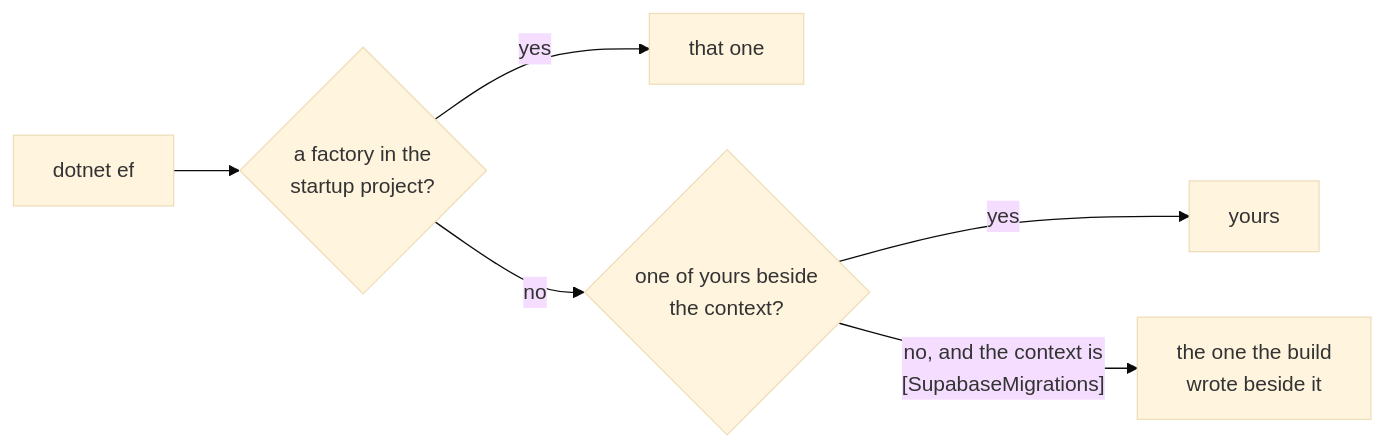
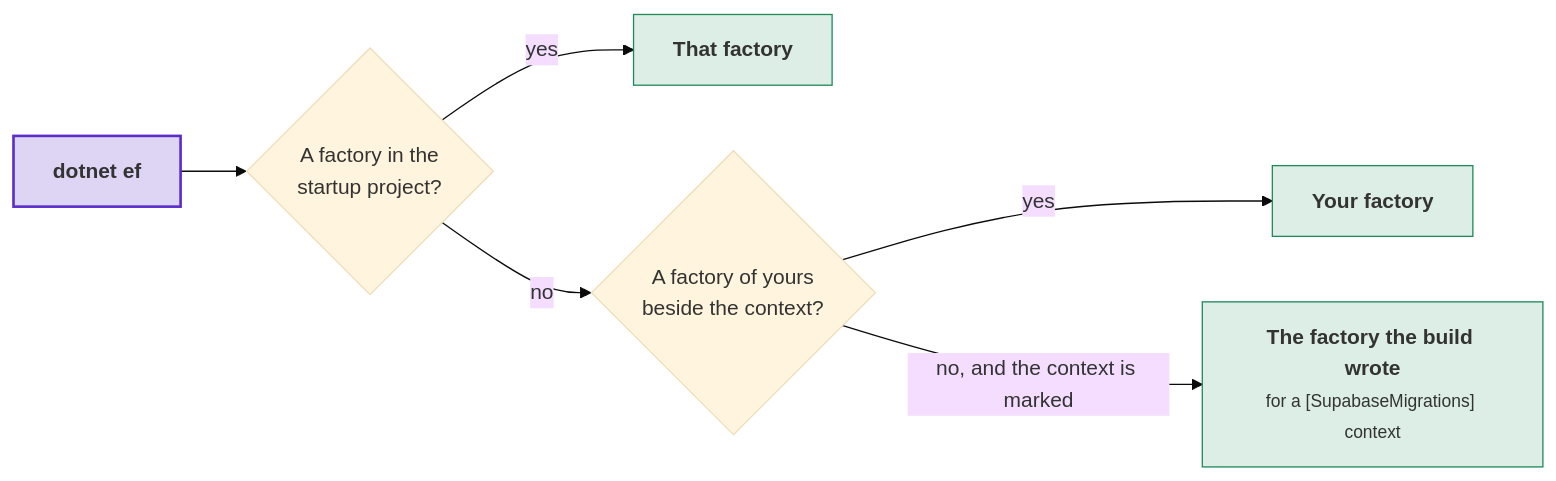
One commit to DylanSnel/DDDToolkit changed the fourth of 6 diagrams in docs/entity-framework.md. Above: the diagram before and after it, drawn with Mermaid (base theme). The commit also changed other lines of this file and 41 other files, not shown here.

First line of the commit message:
Docs: plain prose, one word per concept, and readable diagrams on every page

````diff
--- a/docs/entity-framework.md
+++ b/docs/entity-framework.md
@@ -872,8 +949,18 @@
 ```mermaid
 flowchart LR
-    Ef["dotnet ef"] --> Startup{"a factory in the<br/>startup project?"}
-    Startup -- "yes" --> That["that one"]
-    Startup -- "no" --> Own{"one of yours beside<br/>the context?"}
-    Own -- "yes" --> Yours["yours"]
-    Own -- "no, and the context is<br/>[SupabaseMigrations]" --> Build["the one the build<br/>wrote beside it"]
+    ef["<b>dotnet ef</b>"]
+    startup{"A factory in the<br/>startup project?"}
+    that["<b>That factory</b>"]
+    own{"A factory of yours<br/>beside the context?"}
+    yours["<b>Your factory</b>"]
+    build["<b>The factory the build wrote</b><br/><small>for a [SupabaseMigrations] context</small>"]
+    ef --> startup
+    startup -- yes --> that
+    startup -- no --> own
+    own -- yes --> yours
+    own -- "no, and the context is marked" --> build
+    classDef strong fill:#5b2ec933,stroke:#5b2ec9,stroke-width:2px
+    classDef good fill:#1f8a5b26,stroke:#1f8a5b
+    class ef strong
+    class that,yours,build good
 ```
````
